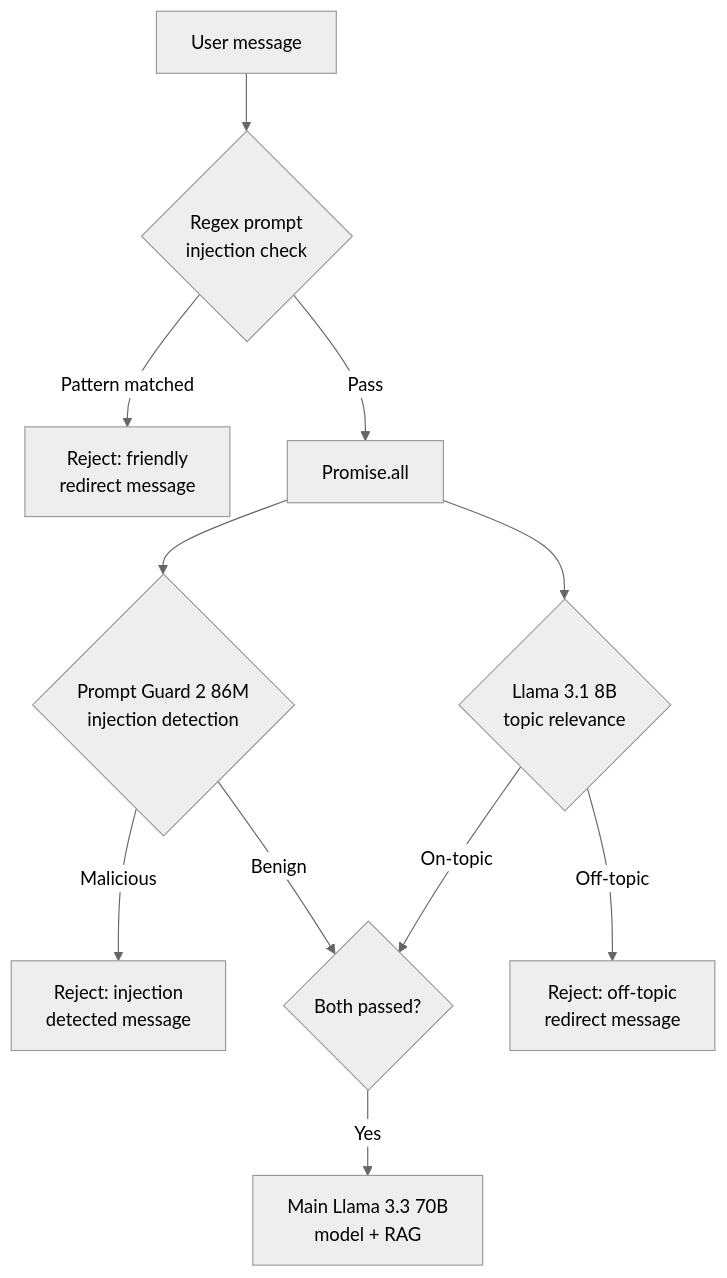
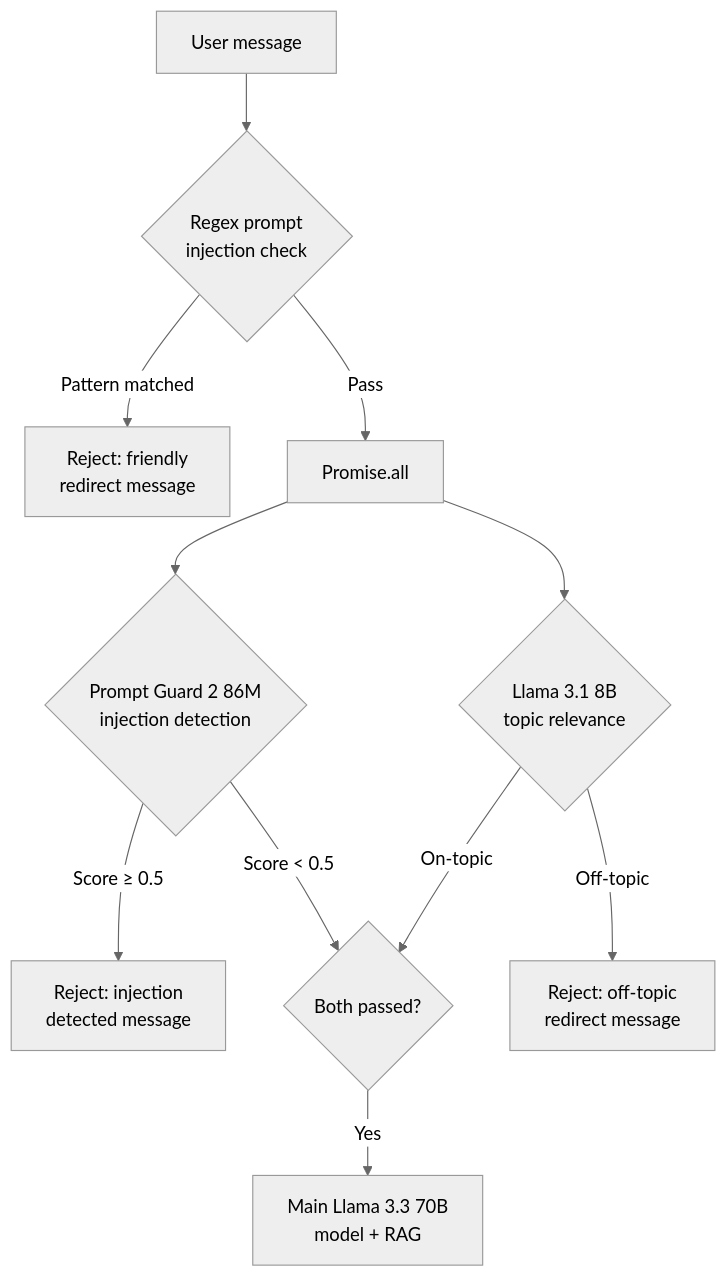
Before and after one commit to chicio/chicio-blog: the diagram in src/content/blog/post/2026/04/26/llm-chatbot-guardrails/content.mdx, drawn with Mermaid (neutral theme). The commit also changed other lines of this file and 2 other files, not shown here.

````diff
--- a/src/content/blog/post/2026/04/26/llm-chatbot-guardrails/content.mdx
+++ b/src/content/blog/post/2026/04/26/llm-chatbot-guardrails/content.mdx
@@ -44,13 +44,13 @@
 ```mermaid
 graph TD
     A["User message"] --> B{"Regex prompt\ninjection check"}
     B -- "Pattern matched" --> C["Reject: friendly\nredirect message"]
     B -- "Pass" --> D["Promise.all"]
     D --> E{"Prompt Guard 2 86M\ninjection detection"}
     D --> F{"Llama 3.1 8B\ntopic relevance"}
-    E -- "Malicious" --> G["Reject: injection\ndetected message"]
-    E -- "Benign" --> H{"Both passed?"}
+    E -- "Score ≥ 0.5" --> G["Reject: injection\ndetected message"]
+    E -- "Score < 0.5" --> H{"Both passed?"}
     F -- "Off-topic" --> I["Reject: off-topic\nredirect message"]
     F -- "On-topic" --> H
     H -- "Yes" --> J["Main Llama 3.3 70B\nmodel + RAG"]
 ```
````
